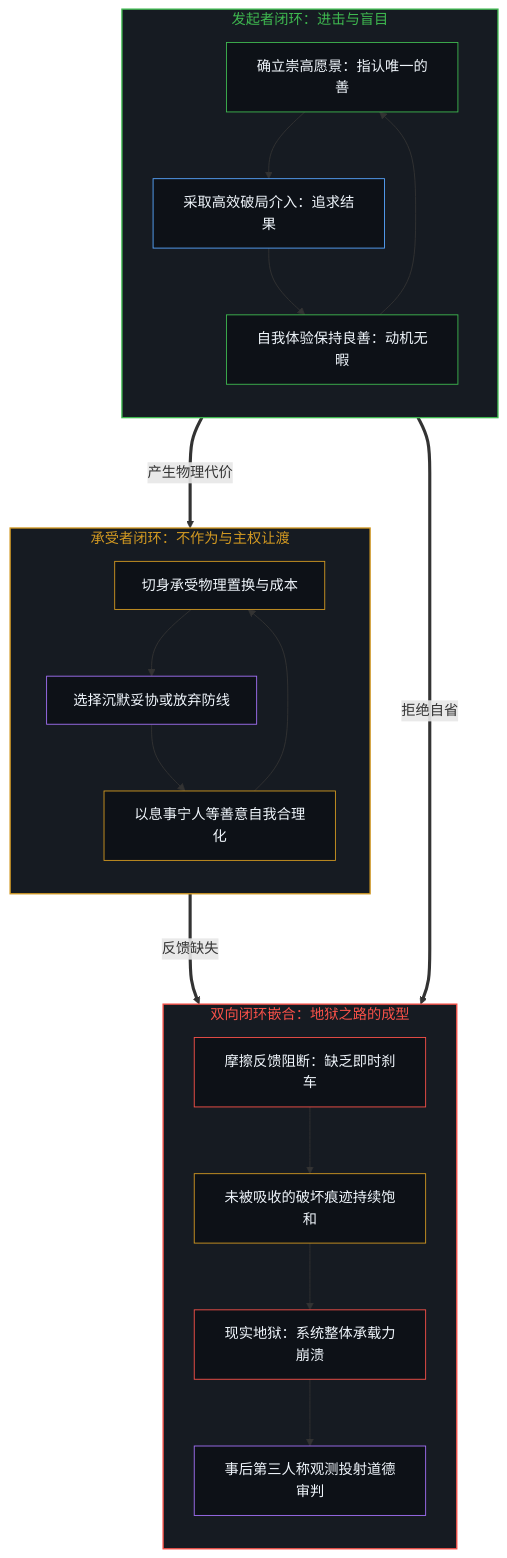
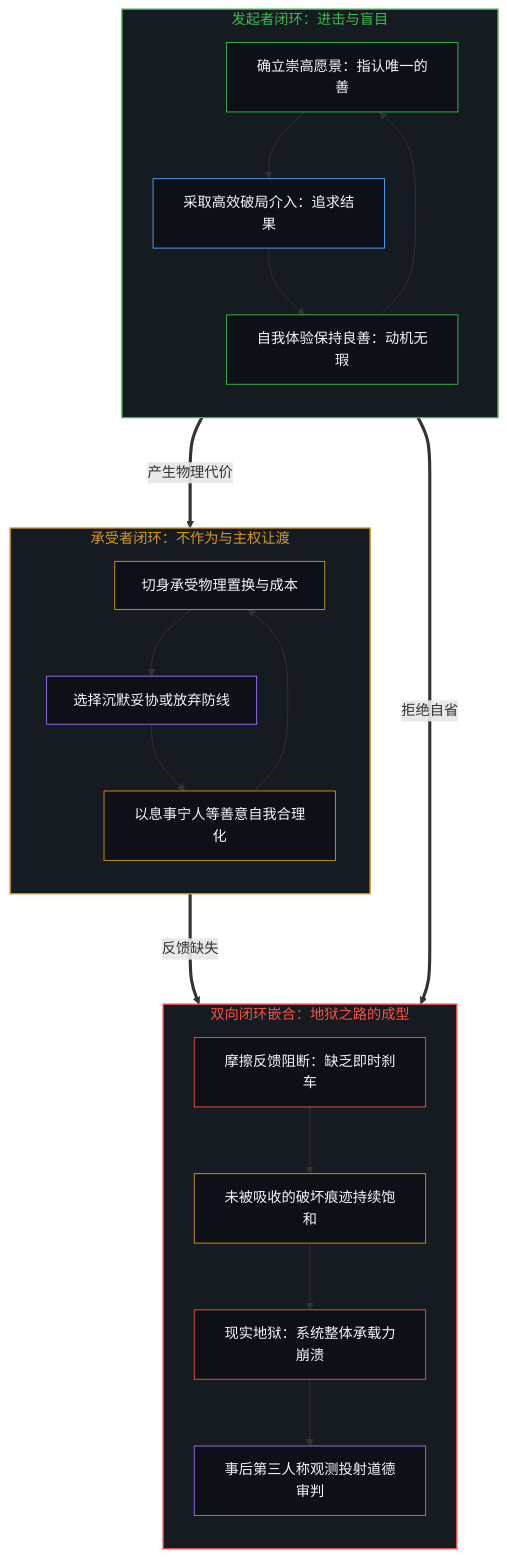
One commit to powerpig99/not-a-toe changed the third of 4 diagrams in content/posts/the-coin-of-good-and-evil-and-the-road-to-hell.md. Above: the diagram before and after it, drawn with Mermaid. The commit also changed other lines of this file and 12 other files, not shown here.

````diff
--- a/content/posts/the-coin-of-good-and-evil-and-the-road-to-hell.md
+++ b/content/posts/the-coin-of-good-and-evil-and-the-road-to-hell.md
@@ -155,55 +151,55 @@
 ```mermaid
 graph TD
     classDef default fill:#0d1117,stroke:#58a6ff,stroke-width:1px,color:#f0f6fc;
 
     subgraph S_Actor ["发起者闭环：进击与盲目"]
         direction TB
         style S_Actor fill:#161b22,stroke:#3fb950,stroke-width:1.5px,color:#3fb950
         A_Goal["确立崇高愿景：指认唯一的善"]
         A_Action["采取高效破局介入：追求结果"]
-        A_SelfRighteous["自我体验保持良善：动机无暇"]
+        A_SelfRighteous["自我体验保持良善：动机无瑕"]
         A_Goal --> A_Action
         A_Action --> A_SelfRighteous
         A_SelfRighteous --> A_Goal
     end
 
     subgraph S_Recipient ["承受者闭环：不作为与主权让渡"]
         direction TB
         style S_Recipient fill:#161b22,stroke:#d29922,stroke-width:1.5px,color:#d29922
         R_Cost["切身承受物理置换与成本"]
         R_Inaction["选择沉默妥协或放弃防线"]
         R_SelfJustify["以息事宁人等善意自我合理化"]
         R_Cost --> R_Inaction
         R_Inaction --> R_SelfJustify
         R_SelfJustify --> R_Cost
     end
 
     subgraph S_Interplay ["双向闭环嵌合：地狱之路的成型"]
         direction TB
         style S_Interplay fill:#161b22,stroke:#f85149,stroke-width:1.5px,color:#f85149
         I_FeedbackLoss["摩擦反馈阻断：缺乏即时刹车"]
         I_TraceAccumulation["未被吸收的破坏痕迹持续饱和"]
         I_SystemCollapse["现实地狱：系统整体承载力崩溃"]
         I_MoralProjection["事后第三人称观测投射道德审判"]
         I_FeedbackLoss --> I_TraceAccumulation
         I_TraceAccumulation --> I_SystemCollapse
         I_SystemCollapse --> I_MoralProjection
     end
 
     A_Action ===>|"产生物理代价"| R_Cost
     R_Inaction ===>|"反馈缺失"| I_FeedbackLoss
     A_SelfRighteous ===>|"拒绝自省"| I_FeedbackLoss
 
     style A_Goal fill:#0d1117,stroke:#3fb950,stroke-width:1px,color:#f0f6fc
     style A_Action fill:#0d1117,stroke:#58a6ff,stroke-width:1px,color:#f0f6fc
     style A_SelfRighteous fill:#0d1117,stroke:#3fb950,stroke-width:1px,color:#f0f6fc
 
     style R_Cost fill:#0d1117,stroke:#d29922,stroke-width:1px,color:#f0f6fc
     style R_Inaction fill:#0d1117,stroke:#a371f7,stroke-width:1px,color:#f0f6fc
     style R_SelfJustify fill:#0d1117,stroke:#d29922,stroke-width:1px,color:#f0f6fc
 
     style I_FeedbackLoss fill:#0d1117,stroke:#f85149,stroke-width:1px,color:#f0f6fc
     style I_TraceAccumulation fill:#0d1117,stroke:#d29922,stroke-width:1px,color:#f0f6fc
     style I_SystemCollapse fill:#0d1117,stroke:#f85149,stroke-width:1px,color:#f0f6fc
     style I_MoralProjection fill:#0d1117,stroke:#a371f7,stroke-width:1px,color:#f0f6fc
 ```
````
